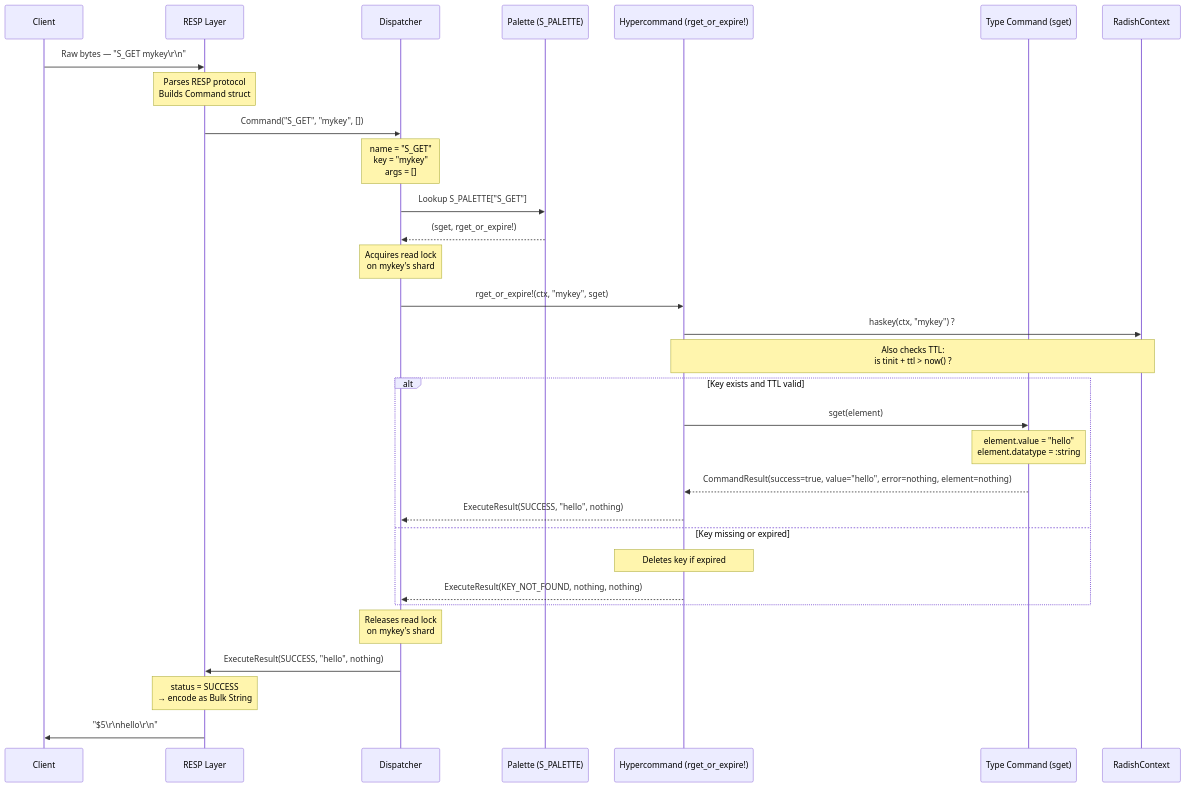
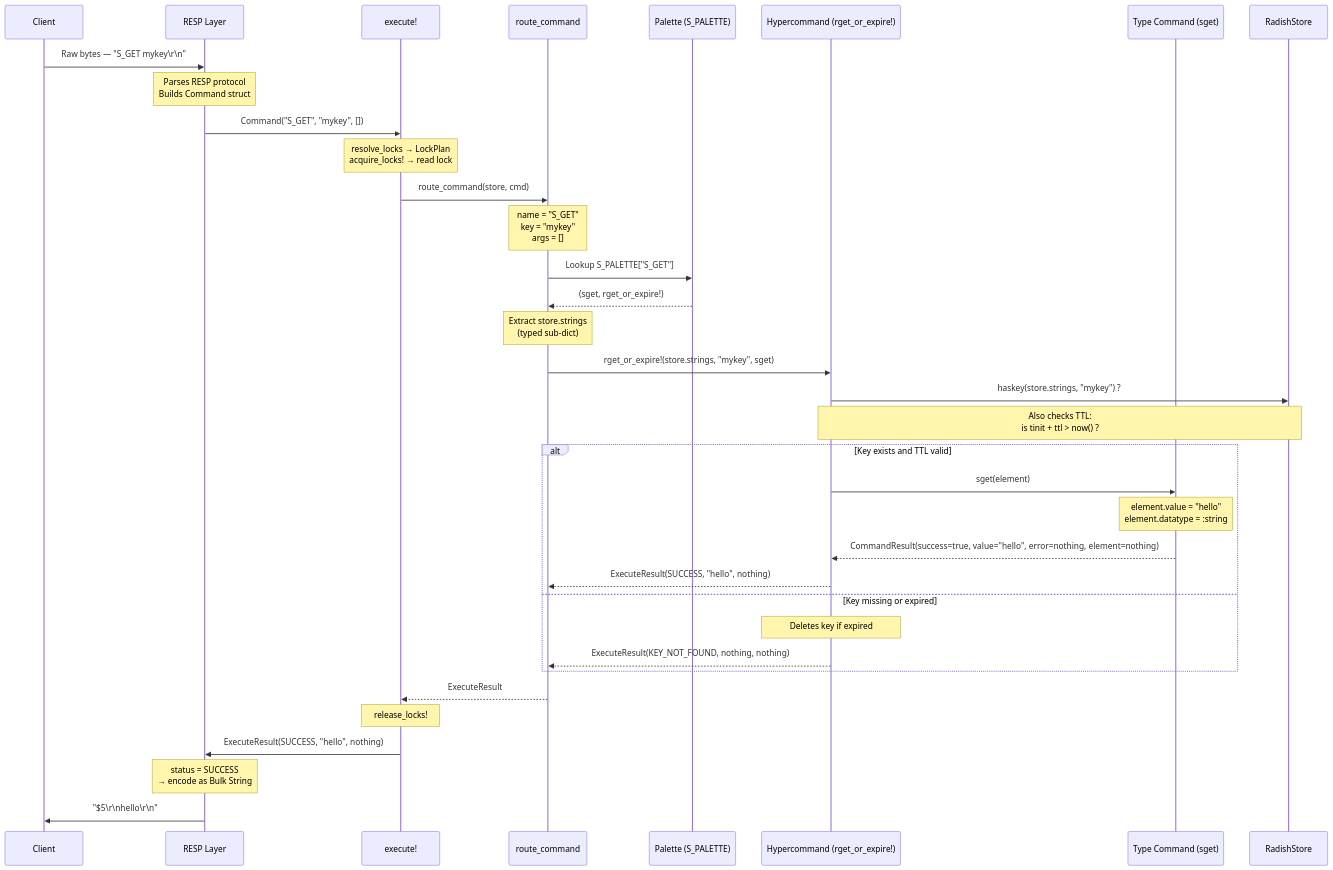
The diagram in docs/data-contracts.md (fabioscantamburlo/Radish), drawn with Mermaid before and after one commit. The commit also changed other lines of this file and 77 other files, not shown here.

````diff
--- a/docs/data-contracts.md
+++ b/docs/data-contracts.md
@@ -149,44 +154,49 @@
 ```mermaid
 sequenceDiagram
     participant Client
     participant RESP as RESP Layer
-    participant Dispatcher
+    participant Dispatcher as execute!
+    participant Router as route_command
     participant Palette as Palette (S_PALETTE)
     participant Hypercommand as Hypercommand (rget_or_expire!)
     participant TypeCommand as Type Command (sget)
-    participant Context as RadishContext
+    participant Context as RadishStore
 
     Client->>RESP: Raw bytes — "S_GET mykey\r\n"
     Note over RESP: Parses RESP protocol<br/>Builds Command struct
 
     RESP->>Dispatcher: Command("S_GET", "mykey", [])
-    Note over Dispatcher: name = "S_GET"<br/>key  = "mykey"<br/>args = []
+    Note over Dispatcher: resolve_locks → LockPlan<br/>acquire_locks! → read lock
 
-    Dispatcher->>Palette: Lookup S_PALETTE["S_GET"]
-    Palette-->>Dispatcher: (sget, rget_or_expire!)
-    Note over Dispatcher: Acquires read lock<br/>on mykey's shard
+    Dispatcher->>Router: route_command(store, cmd)
+    Note over Router: name = "S_GET"<br/>key  = "mykey"<br/>args = []
 
-    Dispatcher->>Hypercommand: rget_or_expire!(ctx, "mykey", sget)
+    Router->>Palette: Lookup S_PALETTE["S_GET"]
+    Palette-->>Router: (sget, rget_or_expire!)
+    Note over Router: Extract store.strings<br/>(typed sub-dict)
 
-    Hypercommand->>Context: haskey(ctx, "mykey") ?
+    Router->>Hypercommand: rget_or_expire!(store.strings, "mykey", sget)
+
+    Hypercommand->>Context: haskey(store.strings, "mykey") ?
     Note over Hypercommand,Context: Also checks TTL:<br/>is tinit + ttl > now() ?
 
     alt Key exists and TTL valid
         Hypercommand->>TypeCommand: sget(element)
         Note over TypeCommand: element.value = "hello"<br/>element.datatype = :string
 
         TypeCommand-->>Hypercommand: CommandResult(success=true, value="hello", error=nothing, element=nothing)
 
-        Hypercommand-->>Dispatcher: ExecuteResult(SUCCESS, "hello", nothing)
+        Hypercommand-->>Router: ExecuteResult(SUCCESS, "hello", nothing)
     else Key missing or expired
         Note over Hypercommand: Deletes key if expired
-        Hypercommand-->>Dispatcher: ExecuteResult(KEY_NOT_FOUND, nothing, nothing)
+        Hypercommand-->>Router: ExecuteResult(KEY_NOT_FOUND, nothing, nothing)
     end
 
-    Note over Dispatcher: Releases read lock<br/>on mykey's shard
+    Router-->>Dispatcher: ExecuteResult
+    Note over Dispatcher: release_locks!
 
     Dispatcher->>RESP: ExecuteResult(SUCCESS, "hello", nothing)
     Note over RESP: status = SUCCESS<br/>→ encode as Bulk String
 
     RESP->>Client: "$5\r\nhello\r\n"
 ```
````
